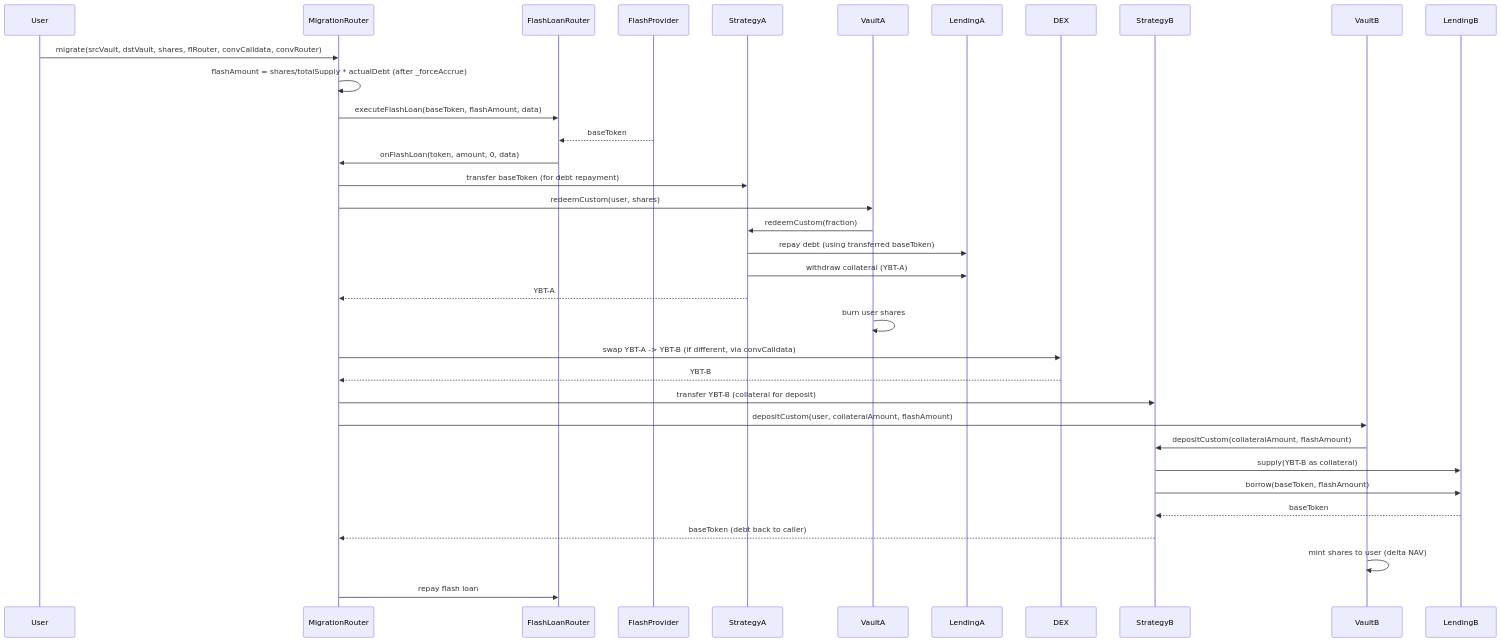
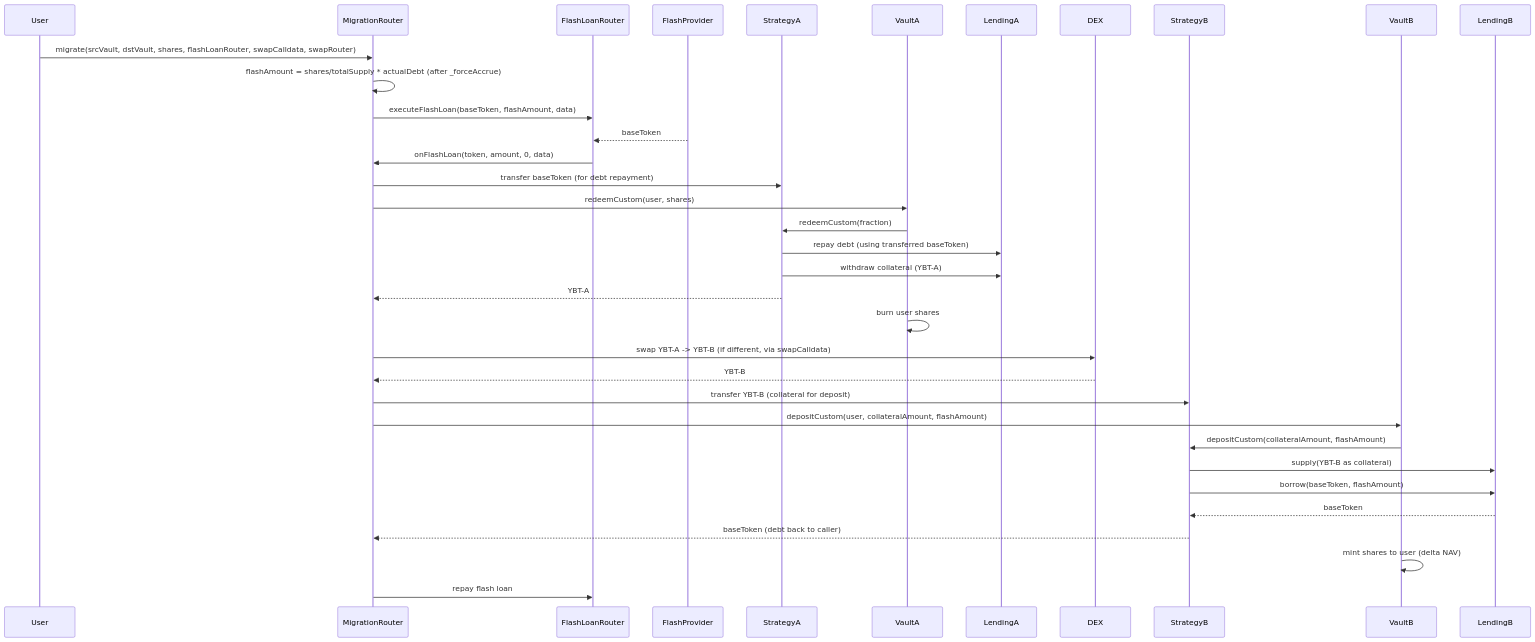
The fifth of 8 diagrams in docs/architecture/token-flows.md (evgenynacu/leverage-vaults), drawn with Mermaid before and after one commit. The commit also changed other lines of this file and 25 other files, not shown here.

````diff
--- a/docs/architecture/token-flows.md
+++ b/docs/architecture/token-flows.md
@@ -87,26 +89,26 @@
 ```mermaid
 sequenceDiagram
-    User->>MigrationRouter: migrate(srcVault, dstVault, shares, flRouter, convCalldata, convRouter)
+    User->>MigrationRouter: migrate(srcVault, dstVault, shares, flashLoanRouter, swapCalldata, swapRouter)
     MigrationRouter->>MigrationRouter: flashAmount = shares/totalSupply * actualDebt (after _forceAccrue)
     MigrationRouter->>FlashLoanRouter: executeFlashLoan(baseToken, flashAmount, data)
     FlashProvider-->>FlashLoanRouter: baseToken
     FlashLoanRouter->>MigrationRouter: onFlashLoan(token, amount, 0, data)
     MigrationRouter->>StrategyA: transfer baseToken (for debt repayment)
     MigrationRouter->>VaultA: redeemCustom(user, shares)
     VaultA->>StrategyA: redeemCustom(fraction)
     StrategyA->>LendingA: repay debt (using transferred baseToken)
     StrategyA->>LendingA: withdraw collateral (YBT-A)
     StrategyA-->>MigrationRouter: YBT-A
     VaultA->>VaultA: burn user shares
-    MigrationRouter->>DEX: swap YBT-A -> YBT-B (if different, via convCalldata)
+    MigrationRouter->>DEX: swap YBT-A -> YBT-B (if different, via swapCalldata)
     DEX-->>MigrationRouter: YBT-B
     MigrationRouter->>StrategyB: transfer YBT-B (collateral for deposit)
     MigrationRouter->>VaultB: depositCustom(user, collateralAmount, flashAmount)
     VaultB->>StrategyB: depositCustom(collateralAmount, flashAmount)
     StrategyB->>LendingB: supply(YBT-B as collateral)
     StrategyB->>LendingB: borrow(baseToken, flashAmount)
     LendingB-->>StrategyB: baseToken
     StrategyB-->>MigrationRouter: baseToken (debt back to caller)
     VaultB->>VaultB: mint shares to user (delta NAV)
     MigrationRouter->>FlashLoanRouter: repay flash loan
 ```
````
